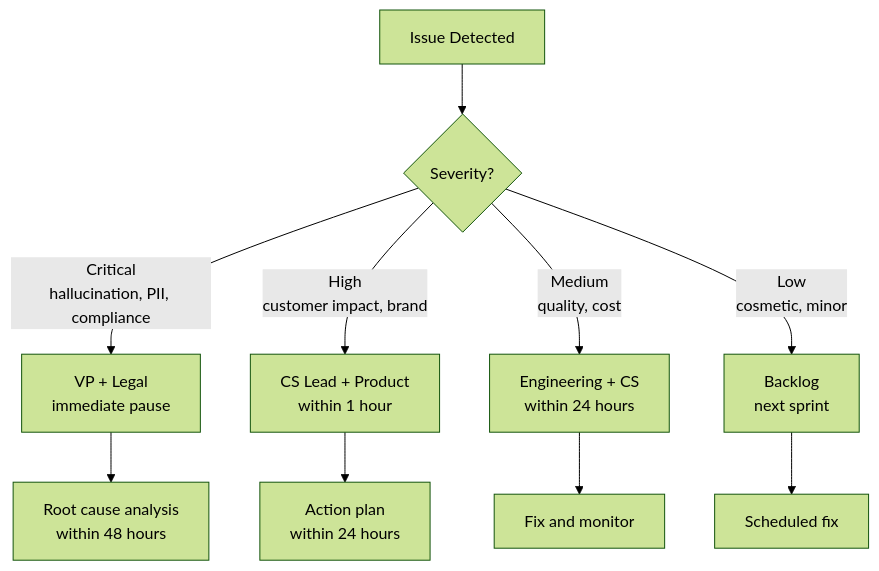
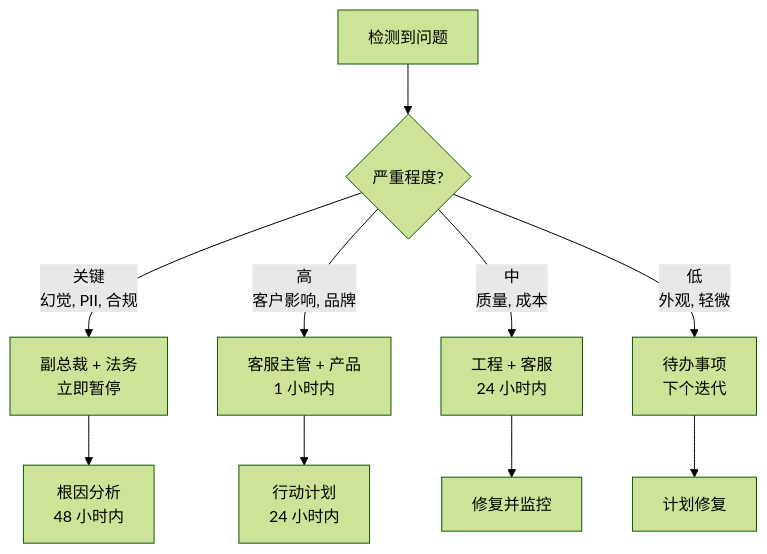
The second of 2 diagrams in i18n/zh/docusaurus-plugin-content-docs/current/13-risk-assessment.md (stars-labs/ai-driven-customer-service), drawn with Mermaid (forest theme) before and after one commit. The commit also changed other lines of this file and 15 other files, not shown here.

````diff
--- a/i18n/zh/docusaurus-plugin-content-docs/current/13-risk-assessment.md
+++ b/i18n/zh/docusaurus-plugin-content-docs/current/13-risk-assessment.md
@@ -80,14 +80,14 @@
 ```mermaid
 flowchart TB
-    Issue[Issue Detected] --> Severity{Severity?}
+    Issue[检测到问题] --> Severity{严重程度?}
 
-    Severity -->|Critical<br/>hallucination, PII, compliance| L3[VP + Legal<br/>immediate pause]
-    Severity -->|High<br/>customer impact, brand| L2[CS Lead + Product<br/>within 1 hour]
-    Severity -->|Medium<br/>quality, cost| L1[Engineering + CS<br/>within 24 hours]
-    Severity -->|Low<br/>cosmetic, minor| L0[Backlog<br/>next sprint]
+    Severity -->|关键<br/>幻觉, PII, 合规| L3[副总裁 + 法务<br/>立即暂停]
+    Severity -->|高<br/>客户影响, 品牌| L2[客服主管 + 产品<br/>1 小时内]
+    Severity -->|中<br/>质量, 成本| L1[工程 + 客服<br/>24 小时内]
+    Severity -->|低<br/>外观, 轻微| L0[待办事项<br/>下个迭代]
 
-    L3 --> R1[Root cause analysis<br/>within 48 hours]
-    L2 --> R2[Action plan<br/>within 24 hours]
-    L1 --> R3[Fix and monitor]
-    L0 --> R4[Scheduled fix]
+    L3 --> R1[根因分析<br/>48 小时内]
+    L2 --> R2[行动计划<br/>24 小时内]
+    L1 --> R3[修复并监控]
+    L0 --> R4[计划修复]
 ```
````
